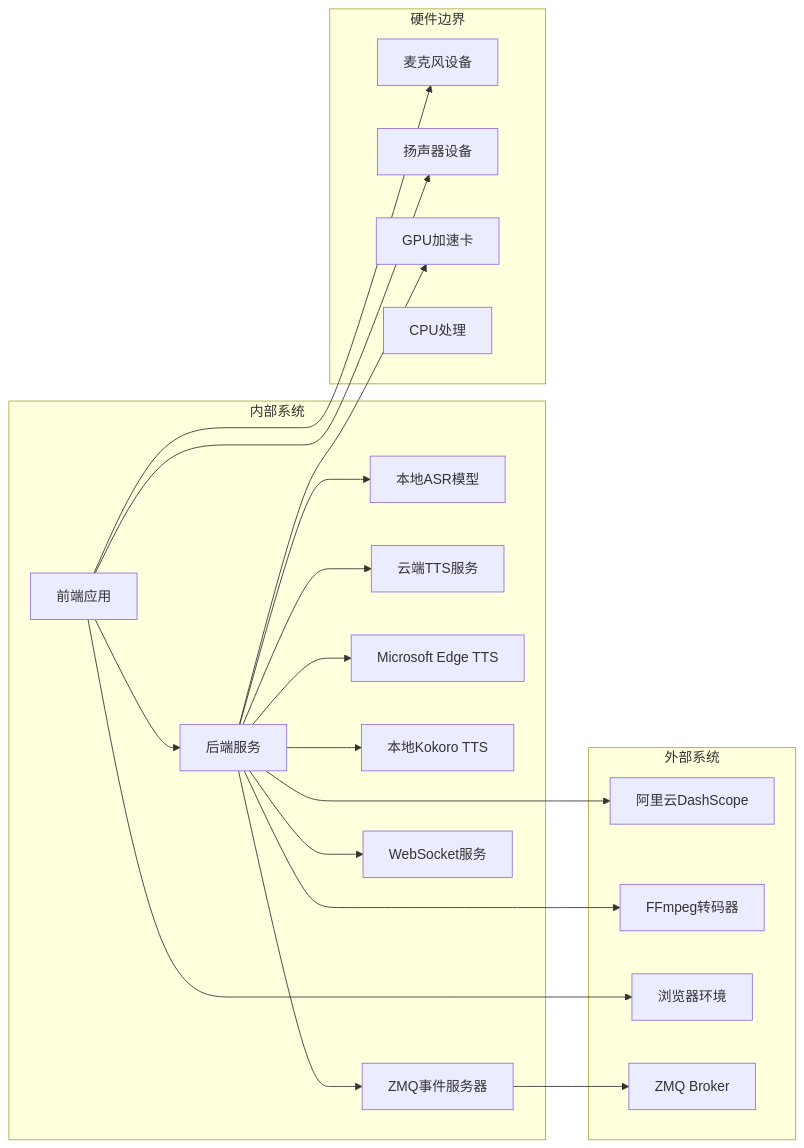
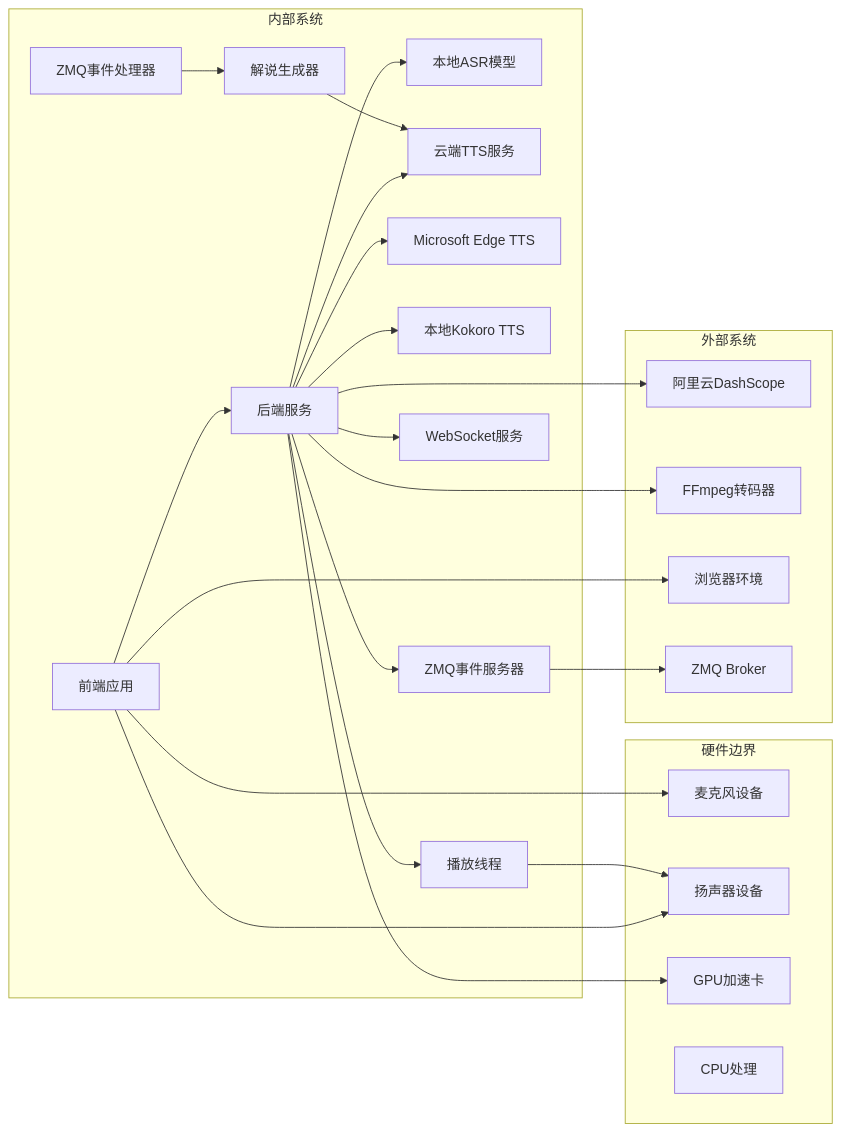
One commit to 1024dashen/Vue3Speech changed the fourth of 9 diagrams in .qoder/repowiki/zh/content/项目概述.md. Above: the diagram before and after it, drawn with Mermaid. The commit also changed other lines of this file and 29 other files, not shown here.

````diff
--- a/.qoder/repowiki/zh/content/项目概述.md
+++ b/.qoder/repowiki/zh/content/项目概述.md
@@ -320,39 +357,46 @@
 ```mermaid
 flowchart LR
 subgraph "内部系统"
 Frontend[前端应用]
 Backend[后端服务]
 ASR[本地ASR模型]
 TTS[云端TTS服务]
 EdgeTTS[Microsoft Edge TTS]
 KokoroTTS[本地Kokoro TTS]
 ZMQServer[ZMQ事件服务器]
+EventProcessor[ZMQ事件处理器]
+NarrationGenerator[解说生成器]
 WebSocket[WebSocket服务]
+PlaybackThread[播放线程]
 end
 subgraph "外部系统"
 DashScope[阿里云DashScope]
 FFmpeg[FFmpeg转码器]
 Browser[浏览器环境]
 ZMQBroker[ZMQ Broker]
 end
 subgraph "硬件边界"
 Microphone[麦克风设备]
 Speakers[扬声器设备]
 GPU[GPU加速卡]
 CPU[CPU处理]
 end
 Frontend --> Backend
 Backend --> ASR
 Backend --> TTS
 Backend --> EdgeTTS
 Backend --> KokoroTTS
 Backend --> ZMQServer
 Backend --> WebSocket
+Backend --> PlaybackThread
 Backend --> DashScope
 Backend --> FFmpeg
 Frontend --> Browser
 Backend --> GPU
 Frontend --> Microphone
 Frontend --> Speakers
 ZMQServer --> ZMQBroker
+EventProcessor --> NarrationGenerator
+NarrationGenerator --> TTS
+PlaybackThread --> Speakers
 ```
````
